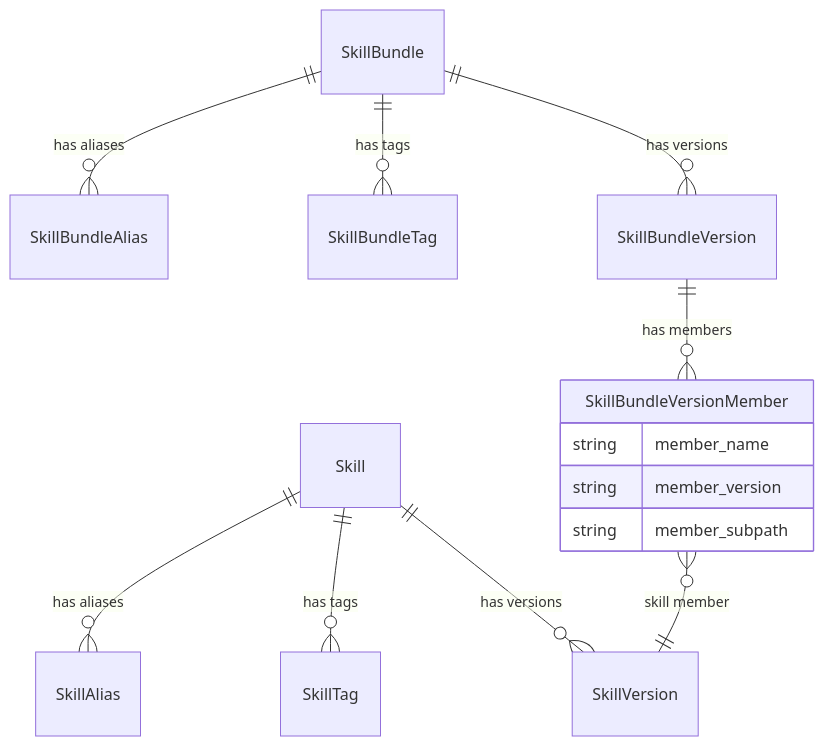
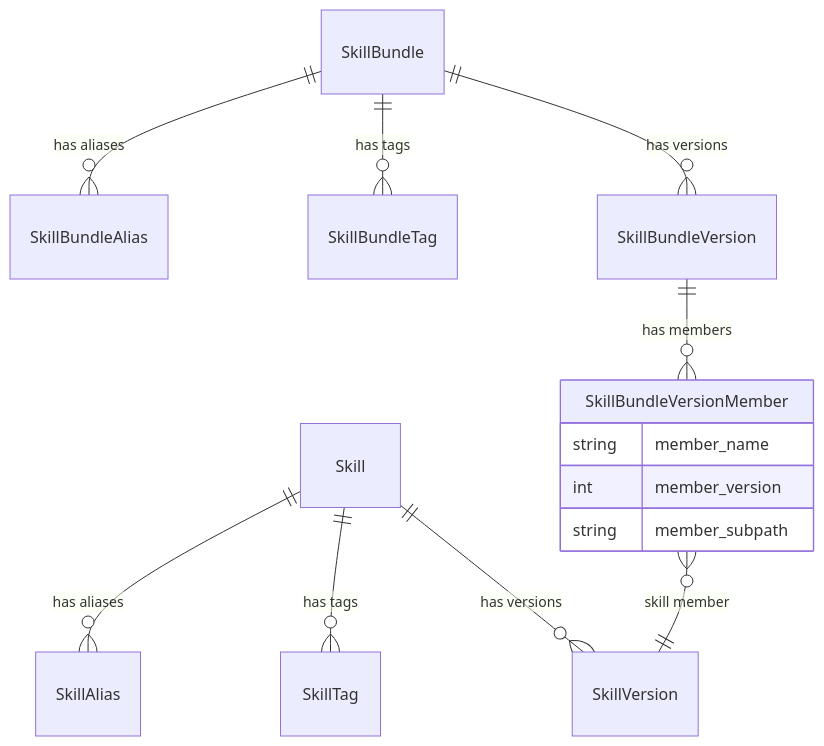
The first of 2 diagrams in rfcs/0008-mvp-skill-registry/0008-mvp-skill-registry.md (jwm4/rfcs), drawn with Mermaid before and after one commit. The commit also changed other lines of this file and 1 other file, not shown here.

````diff
--- a/rfcs/0008-mvp-skill-registry/0008-mvp-skill-registry.md
+++ b/rfcs/0008-mvp-skill-registry/0008-mvp-skill-registry.md
@@ -533,17 +529,17 @@
 ```mermaid
 erDiagram
 Skill ||--o{ SkillVersion : "has versions"
 Skill ||--o{ SkillTag : "has tags"
 Skill ||--o{ SkillAlias : "has aliases"
 SkillBundle ||--o{ SkillBundleVersion : "has versions"
 SkillBundle ||--o{ SkillBundleTag : "has tags"
 SkillBundle ||--o{ SkillBundleAlias : "has aliases"
 SkillBundleVersion ||--o{ SkillBundleVersionMember : "has members"
 SkillBundleVersionMember }o--|| SkillVersion : "skill member"
 
 SkillBundleVersionMember {
   string member_name
-  string member_version
+  int member_version
   string member_subpath
 }
 ```
````
